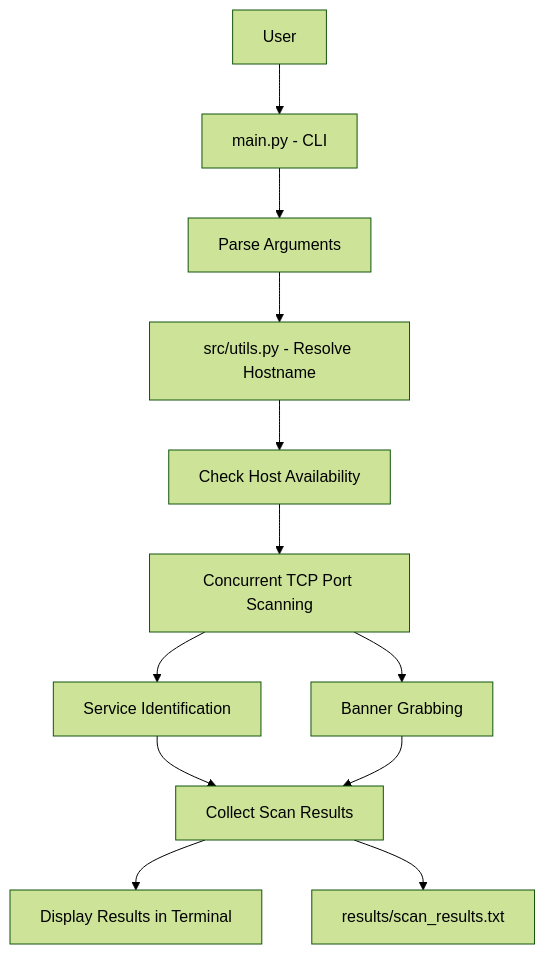
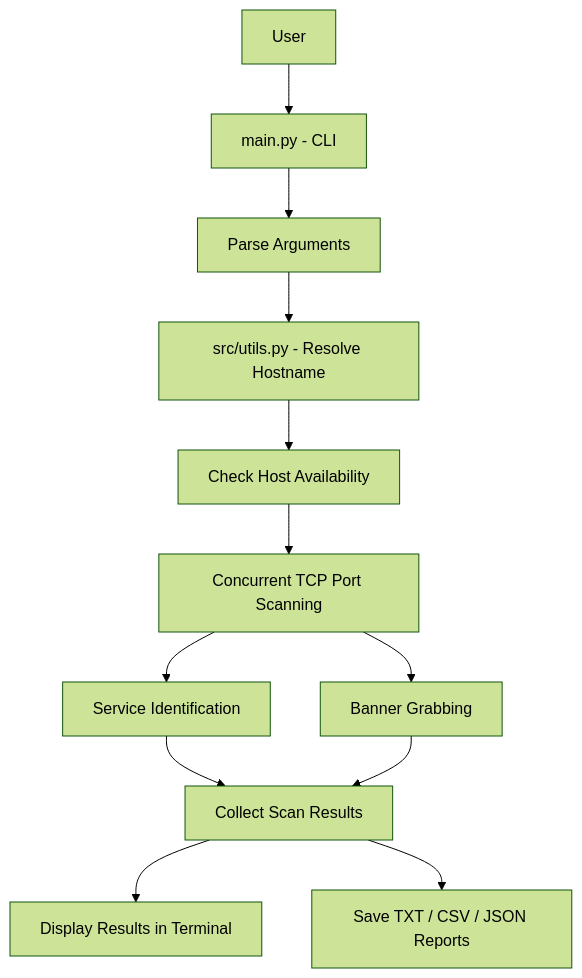
Before and after one commit to Joyatosh-sinha/network-scanner: the diagram in README.md, drawn with Mermaid (forest theme). The commit also changed other lines of this file and 2 other files, not shown here.

Commit message:
Add CSV and JSON scan report exports

````diff
--- a/README.md
+++ b/README.md
@@ -27,14 +28,14 @@
 ```mermaid
 flowchart TD
     A["User"] --> B["main.py - CLI"]
     B --> C["Parse Arguments"]
     C --> D["src/utils.py - Resolve Hostname"]
     D --> E["Check Host Availability"]
     E --> F["Concurrent TCP Port Scanning"]
     F --> G["Service Identification"]
     F --> H["Banner Grabbing"]
     G --> I["Collect Scan Results"]
     H --> I
     I --> J["Display Results in Terminal"]
-    I --> K["results/scan_results.txt"]
+    I --> K["Save TXT / CSV / JSON Reports"]
 ```
````
